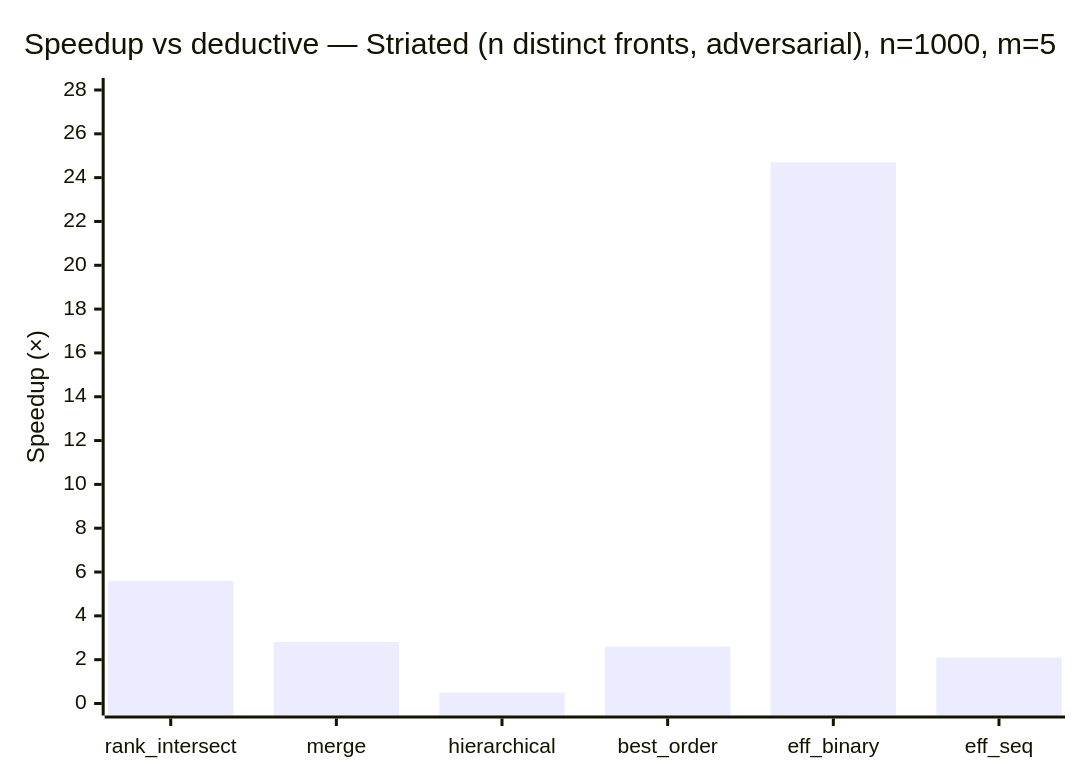
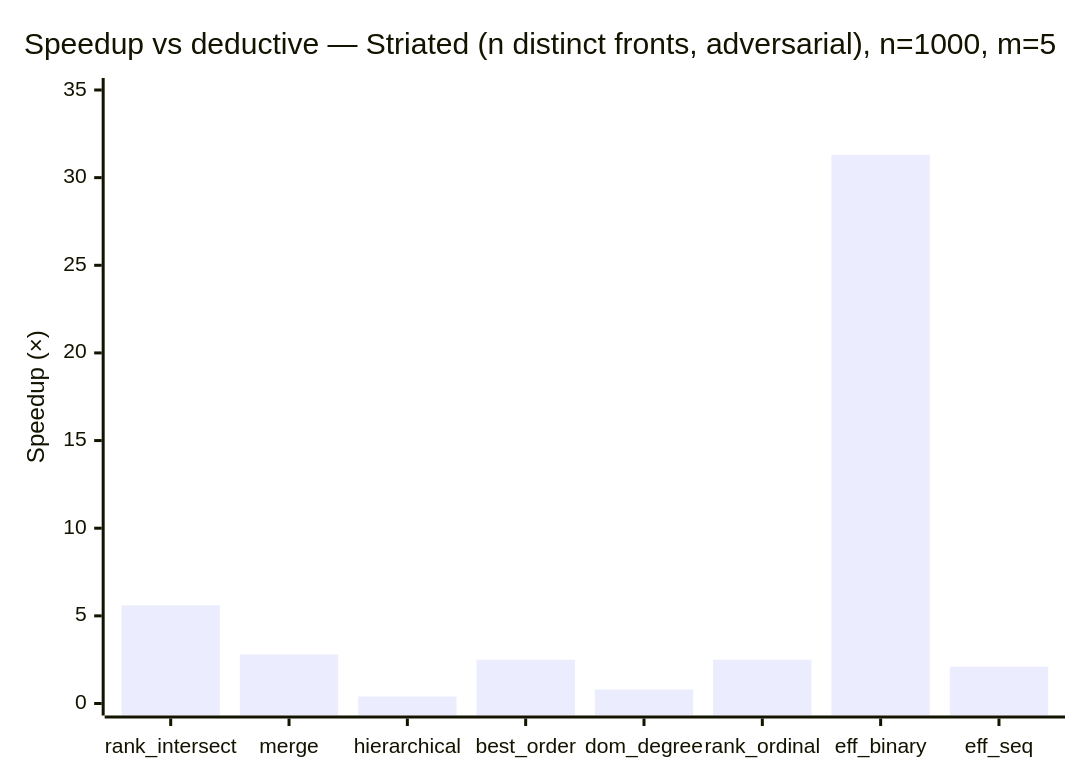
Before and after one commit to foolnotion/ndsort: the fourth of 8 diagrams in BENCHMARKS.md, drawn with Mermaid. The commit also changed other lines of this file and 3 other files, not shown here.

First line of the commit message:
feat: add dominance_degree and rank_ordinal to benchmarks; update docs

````diff
--- a/BENCHMARKS.md
+++ b/BENCHMARKS.md
@@ -120,7 +122,7 @@
 ```mermaid
 xychart-beta
     title "Speedup vs deductive — Striated (n distinct fronts, adversarial), n=1000, m=5"
-    x-axis ["rank_intersect", "merge", "hierarchical", "best_order", "eff_binary", "eff_seq"]
-    y-axis "Speedup (×)" 0 --> 28
-    bar [5.6, 2.8, 0.5, 2.6, 24.7, 2.1]
+    x-axis ["rank_intersect", "merge", "hierarchical", "best_order", "dom_degree", "rank_ordinal", "eff_binary", "eff_seq"]
+    y-axis "Speedup (×)" 0 --> 35
+    bar [5.6, 2.8, 0.4, 2.5, 0.8, 2.5, 31.3, 2.1]
 ```
````
